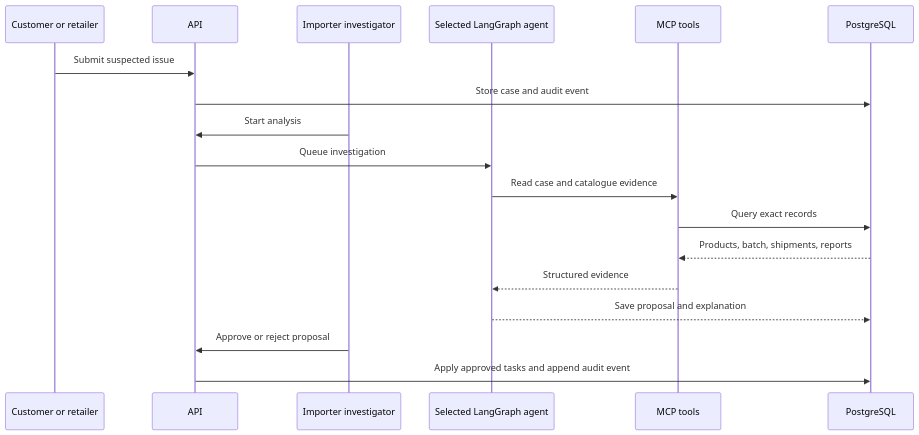
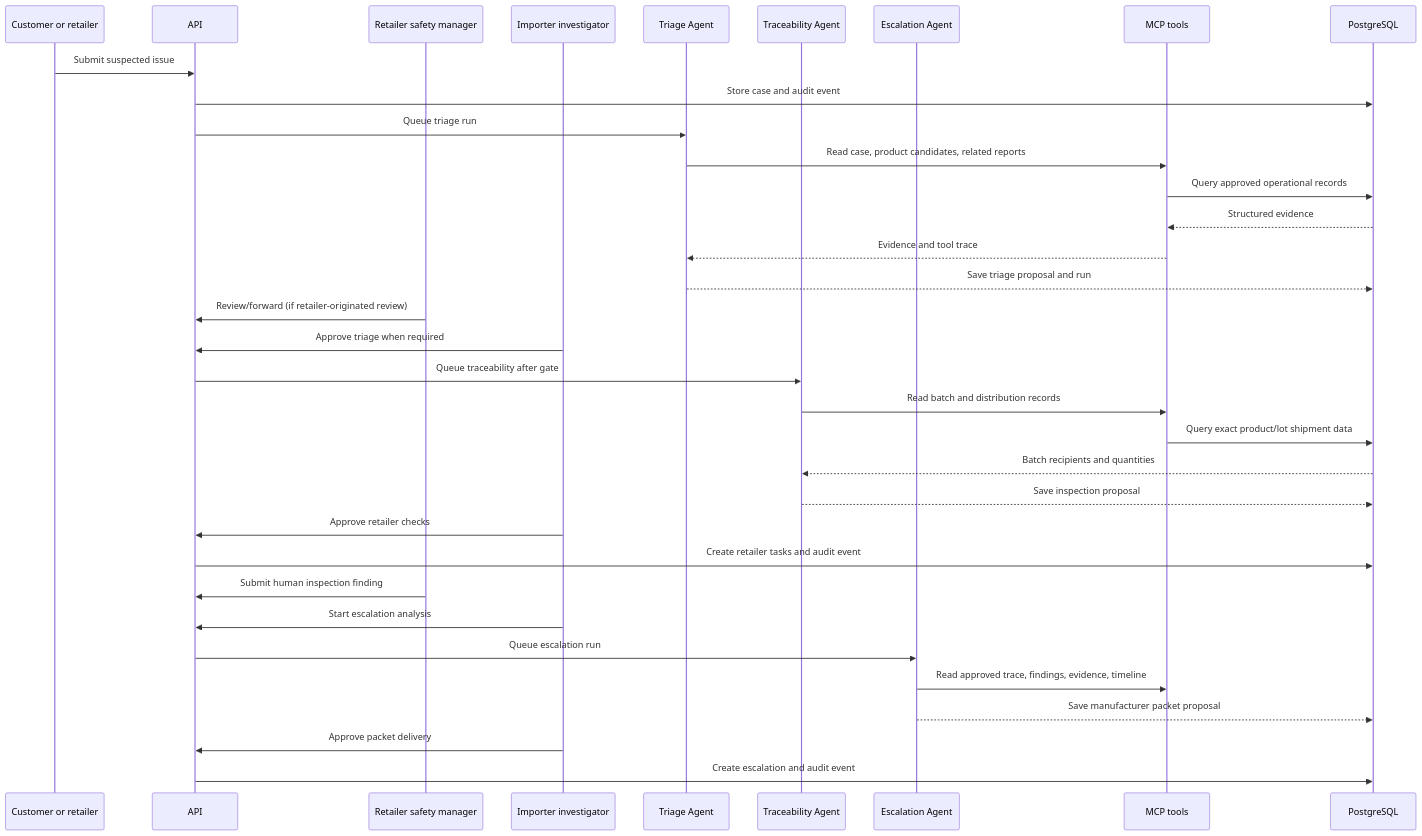
Before and after one commit to Abubakar123421/agentica: the second of 2 diagrams in batchbridge/ARCHITECTURE.md, drawn with Mermaid. The commit also changed other lines of this file and 3 other files, not shown here.

````diff
--- a/batchbridge/ARCHITECTURE.md
+++ b/batchbridge/ARCHITECTURE.md
@@ -55,21 +55,37 @@
 ```mermaid
 sequenceDiagram
     participant U as Customer or retailer
     participant A as API
+    participant R as Retailer safety manager
     participant H as Importer investigator
-    participant L as Selected LangGraph agent
-    participant T as MCP tools
+    participant T as Triage Agent
+    participant X as Traceability Agent
+    participant E as Escalation Agent
+    participant Q as MCP tools
     participant D as PostgreSQL
 
     U->>A: Submit suspected issue
     A->>D: Store case and audit event
-    H->>A: Start analysis
-    A->>L: Queue investigation
-    L->>T: Read case and catalogue evidence
-    T->>D: Query exact records
-    D-->>T: Products, batch, shipments, reports
-    T-->>L: Structured evidence
-    L-->>D: Save proposal and explanation
-    H->>A: Approve or reject proposal
-    A->>D: Apply approved tasks and append audit event
+    A->>T: Queue triage run
+    T->>Q: Read case, product candidates, related reports
+    Q->>D: Query approved operational records
+    D-->>Q: Structured evidence
+    Q-->>T: Evidence and tool trace
+    T-->>D: Save triage proposal and run
+    R->>A: Review/forward (if retailer-originated review)
+    H->>A: Approve triage when required
+    A->>X: Queue traceability after gate
+    X->>Q: Read batch and distribution records
+    Q->>D: Query exact product/lot shipment data
+    D-->>X: Batch recipients and quantities
+    X-->>D: Save inspection proposal
+    H->>A: Approve retailer checks
+    A->>D: Create retailer tasks and audit event
+    R->>A: Submit human inspection finding
+    H->>A: Start escalation analysis
+    A->>E: Queue escalation run
+    E->>Q: Read approved trace, findings, evidence, timeline
+    E-->>D: Save manufacturer packet proposal
+    H->>A: Approve packet delivery
+    A->>D: Create escalation and audit event
 ```
````
